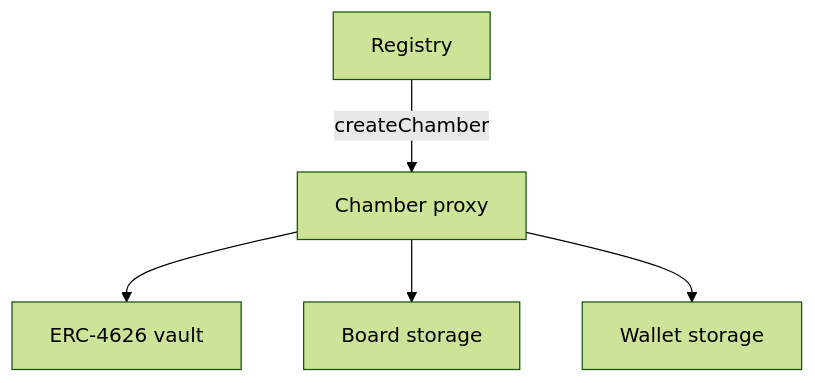
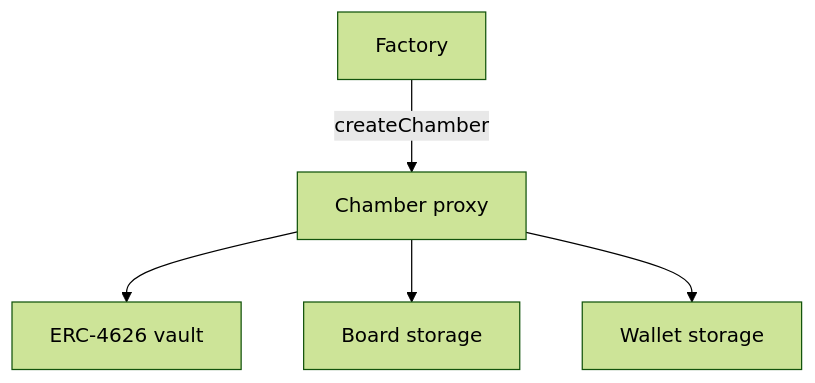
One commit to loreum-org/chamber changed the diagram in app/src/docs/protocol/architecture.md. Above: the diagram before and after it, drawn with Mermaid (forest theme). The commit also changed other lines of this file and 13 other files, not shown here.

First line of the commit message:
docs: align in-app docs and whitepaper §2 with Factory architecture

````diff
--- a/app/src/docs/protocol/architecture.md
+++ b/app/src/docs/protocol/architecture.md
@@ -14,8 +14,8 @@
 ```mermaid
 flowchart TB
-  R[Registry]
-  R -->|createChamber| P[Chamber proxy]
+  F[Factory]
+  F -->|createChamber| P[Chamber proxy]
   P --> V[ERC-4626 vault]
   P --> B[Board storage]
   P --> W[Wallet storage]
 ```
````
